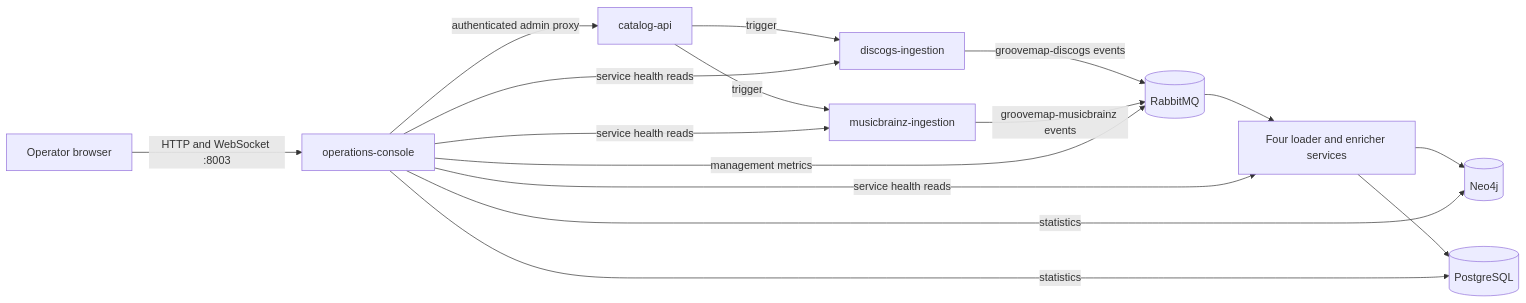
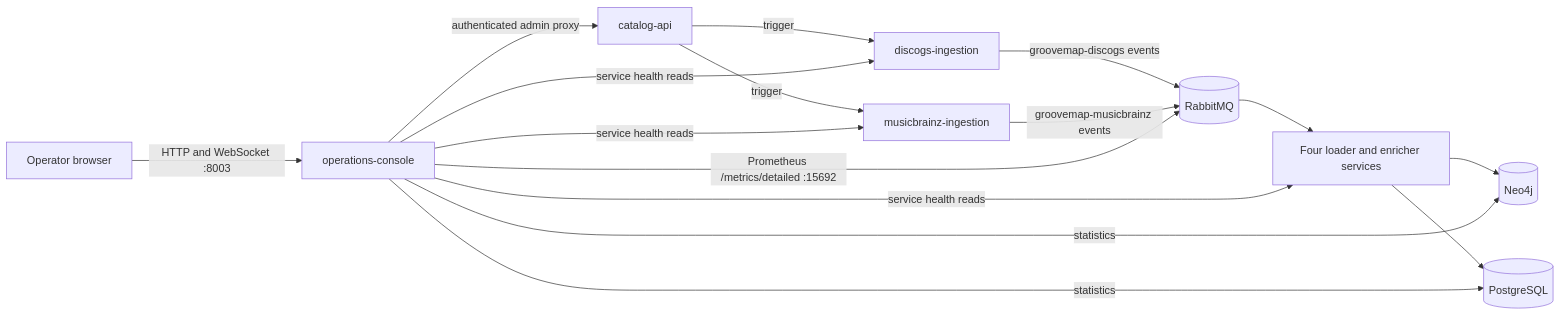
The first of 2 diagrams in docs/architecture.md (groovemap-music/operations-console), drawn with Mermaid before and after one commit. The commit also changed other lines of this file and 16 other files, not shown here.

First line of the commit message:
feat(dashboard): read live queue metrics from the RabbitMQ Prometheus endpoint

````diff
--- a/docs/architecture.md
+++ b/docs/architecture.md
@@ -5,18 +5,18 @@
 ```mermaid
 flowchart LR
     Operator[Operator browser] -->|HTTP and WebSocket :8003| Console[operations-console]
     Console -->|authenticated admin proxy| Catalog[catalog-api]
     Catalog -->|trigger| DiscogsIngestion[discogs-ingestion]
     Catalog -->|trigger| MusicBrainzIngestion[musicbrainz-ingestion]
     DiscogsIngestion -->|groovemap-discogs events| RabbitMQ[(RabbitMQ)]
     MusicBrainzIngestion -->|groovemap-musicbrainz events| RabbitMQ
     RabbitMQ --> Consumers[Four loader and enricher services]
     Consumers --> Neo4j[(Neo4j)]
     Consumers --> Postgres[(PostgreSQL)]
     Console -->|service health reads| DiscogsIngestion
     Console -->|service health reads| MusicBrainzIngestion
     Console -->|service health reads| Consumers
-    Console -->|management metrics| RabbitMQ
+    Console -->|Prometheus /metrics/detailed :15692| RabbitMQ
     Console -->|statistics| Neo4j
     Console -->|statistics| Postgres
 ```
````
